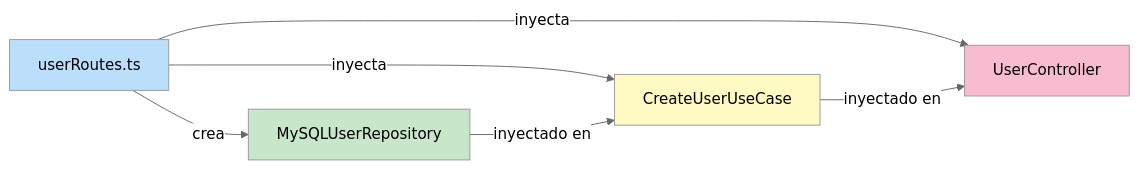
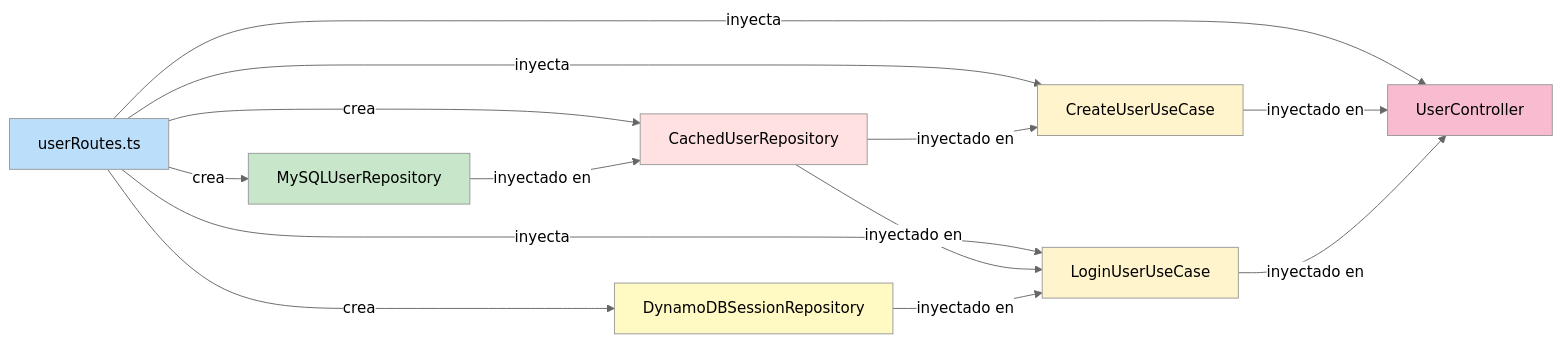
Before and after one commit to maximopeoficiales/node-ts-mysql-debug-template: the tenth of 15 diagrams in ARCHITECTURE.md, drawn with Mermaid (neutral theme). The commit also changed other lines of this file and 19 other files, not shown here.

````diff
--- a/ARCHITECTURE.md
+++ b/ARCHITECTURE.md
@@ -405,13 +659,23 @@
 ```mermaid
 graph LR
     A[userRoutes.ts] -->|crea| B[MySQLUserRepository]
-    A -->|inyecta| C[CreateUserUseCase]
+    A -->|crea| C[CachedUserRepository]
+    A -->|crea| D[DynamoDBSessionRepository]
     B -->|inyectado en| C
-    A -->|inyecta| D[UserController]
-    C -->|inyectado en| D
+    A -->|inyecta| E[CreateUserUseCase]
+    A -->|inyecta| F[LoginUserUseCase]
+    C -->|inyectado en| E
+    C -->|inyectado en| F
+    D -->|inyectado en| F
+    A -->|inyecta| G[UserController]
+    E -->|inyectado en| G
+    F -->|inyectado en| G
 
     style A fill:#bbdefb
     style B fill:#c8e6c9
-    style C fill:#fff9c4
-    style D fill:#f8bbd0
+    style C fill:#ffe1e1
+    style D fill:#fff9c4
+    style E fill:#fff4cc
+    style F fill:#fff4cc
+    style G fill:#f8bbd0
 ```
````
